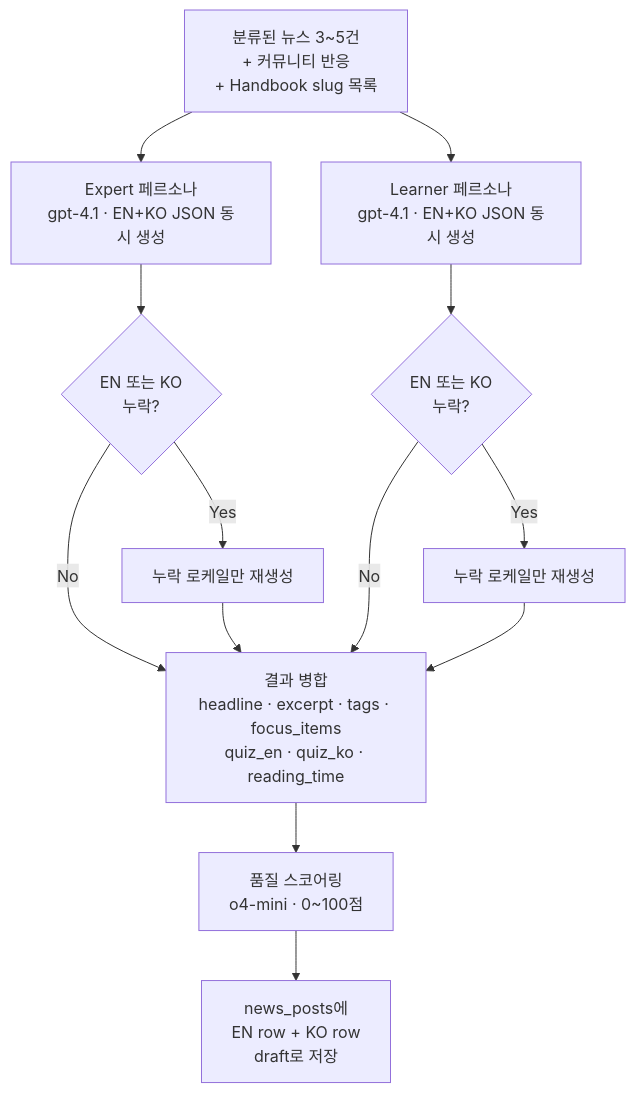
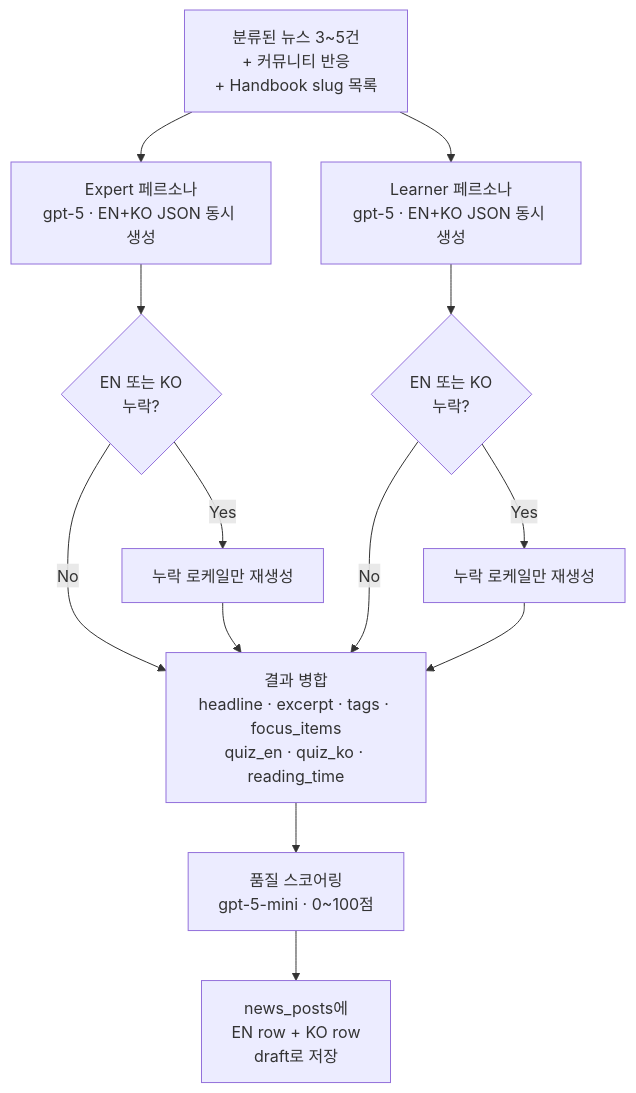
The second of 3 diagrams in vault/04-AI-System/AI-News-Pipeline-Design.md (x0to1log/0to1log), drawn with Mermaid before and after one commit. The commit also changed other lines of this file and 5 other files, not shown here.

````diff
--- a/vault/04-AI-System/AI-News-Pipeline-Design.md
+++ b/vault/04-AI-System/AI-News-Pipeline-Design.md
@@ -52,21 +52,21 @@
 ```mermaid
 flowchart TD
-    START["분류된 뉴스 3~5건\n+ 커뮤니티 반응\n+ Handbook slug 목록"] --> EXPERT["Expert 페르소나\ngpt-4.1 · EN+KO JSON 동시 생성"]
+    START["분류된 뉴스 3~5건\n+ 커뮤니티 반응\n+ Handbook slug 목록"] --> EXPERT["Expert 페르소나\ngpt-5 · EN+KO JSON 동시 생성"]
 
-    START --> LEARNER["Learner 페르소나\ngpt-4.1 · EN+KO JSON 동시 생성"]
+    START --> LEARNER["Learner 페르소나\ngpt-5 · EN+KO JSON 동시 생성"]
 
     EXPERT --> RECOVERY_E{"EN 또는 KO\n누락?"}
     LEARNER --> RECOVERY_L{"EN 또는 KO\n누락?"}
 
     RECOVERY_E -->|Yes| REGEN_E["누락 로케일만 재생성"]
     RECOVERY_E -->|No| MERGE
     REGEN_E --> MERGE
 
     RECOVERY_L -->|Yes| REGEN_L["누락 로케일만 재생성"]
     RECOVERY_L -->|No| MERGE
     REGEN_L --> MERGE
 
-    MERGE["결과 병합\nheadline · excerpt · tags · focus_items\nquiz_en · quiz_ko · reading_time"] --> QUALITY["품질 스코어링\no4-mini · 0~100점"]
+    MERGE["결과 병합\nheadline · excerpt · tags · focus_items\nquiz_en · quiz_ko · reading_time"] --> QUALITY["품질 스코어링\ngpt-5-mini · 0~100점"]
 
     QUALITY --> SAVE["news_posts에\nEN row + KO row\ndraft로 저장"]
 ```
````
